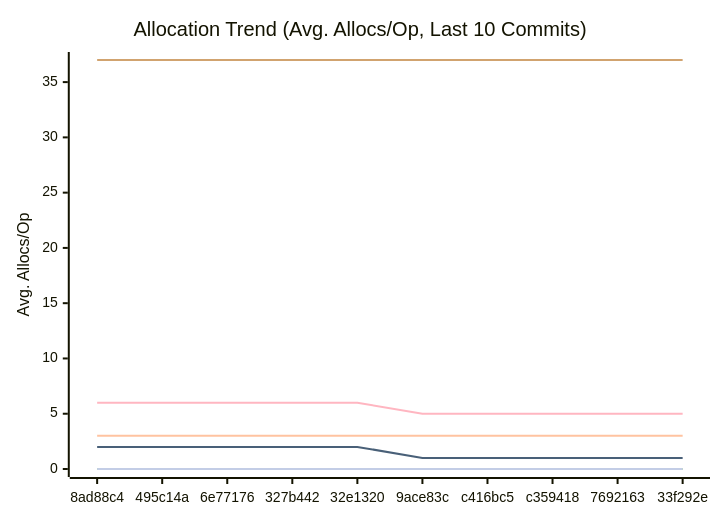
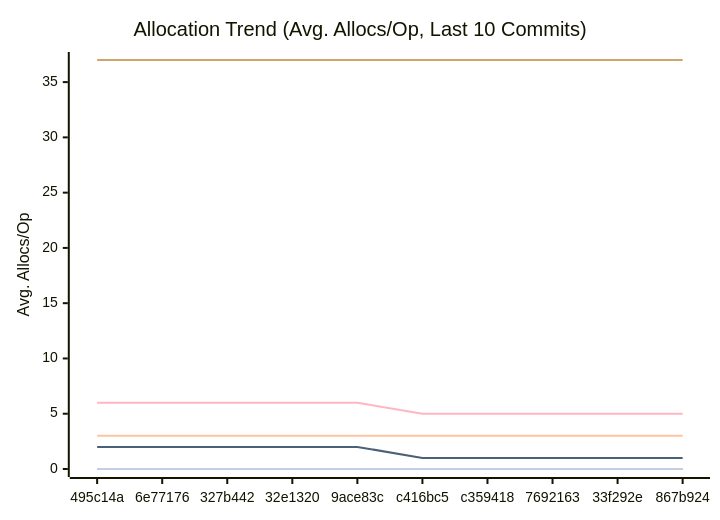
One commit to alsotoes/momo changed the third of 3 diagrams in docs/PERFORMANCE.md. Above: the diagram before and after it, drawn with Mermaid. The commit also changed other lines of this file and 2 other files, not shown here.

````diff
--- a/docs/PERFORMANCE.md
+++ b/docs/PERFORMANCE.md
@@ -164,16 +164,16 @@
 ```mermaid
 xychart-beta
     title "Allocation Trend (Avg. Allocs/Op, Last 10 Commits)"
     x-axis "Commit"
     y-axis "Avg. Allocs/Op"
-    x-axis [8ad88c4,495c14a,6e77176,327b442,32e1320,9ace83c,c416bc5,c359418,7692163,33f292e]
+    x-axis [495c14a,6e77176,327b442,32e1320,9ace83c,c416bc5,c359418,7692163,33f292e,867b924]
     line "CheckMetricsAndSwap" [0,0,0,0,0,0,0,0,0,0]
     line "CrushOptimized" [0,0,0,0,0,0,0,0,0,0]
     line "CrushOriginal" [3,3,3,3,3,3,3,3,3,3]
     line "IndexDirectTracking" [0,0,0,0,0,0,0,0,0,0]
     line "IndexSearch" [0,0,0,0,0,0,0,0,0,0]
     line "LoadGlobalConfig" [37,37,37,37,37,37,37,37,37,37]
     line "PadString" [0,0,0,0,0,0,0,0,0,0]
     line "ParseReplicationOrder_NoPrealloc" [6,6,6,6,6,5,5,5,5,5]
     line "ParseReplicationOrder_Prealloc" [2,2,2,2,2,1,1,1,1,1]
 ```
````
